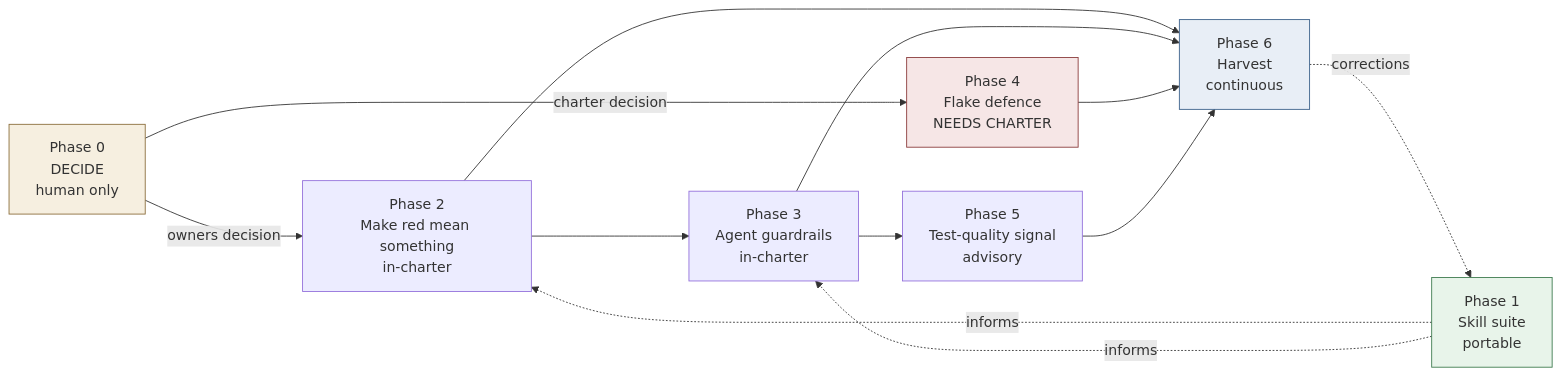
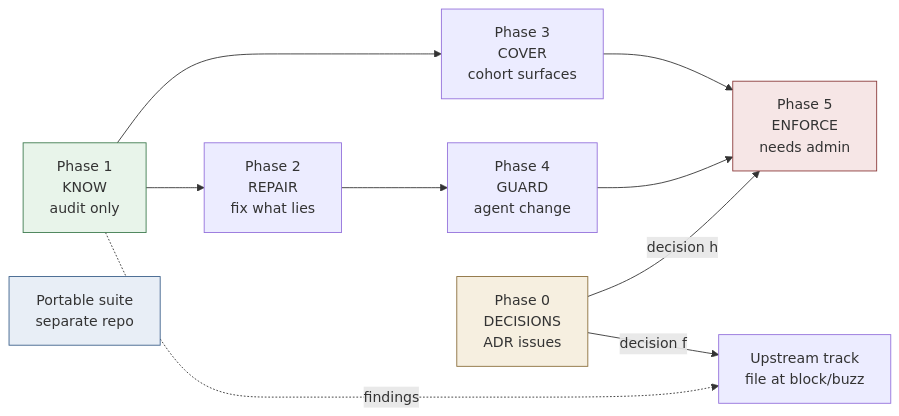
One commit to serina-mcfall/buzz-verification-lab changed the fifth of 5 diagrams in launchpad/plans/2026-09-03-verification-programme.md. Above: the diagram before and after it, drawn with Mermaid. The commit also changed other lines of this file and 1 other file, not shown here.

````diff
--- a/launchpad/plans/2026-09-03-verification-programme.md
+++ b/launchpad/plans/2026-09-03-verification-programme.md
@@ -280,27 +294,25 @@
 ```mermaid
 flowchart LR
-    P0["Phase 0<br/>DECIDE<br/>human only"]
-    P1["Phase 1<br/>Skill suite<br/>portable"]
-    P2["Phase 2<br/>Make red mean something<br/>in-charter"]
-    P3["Phase 3<br/>Agent guardrails<br/>in-charter"]
-    P4["Phase 4<br/>Flake defence<br/>NEEDS CHARTER"]
-    P5["Phase 5<br/>Test-quality signal<br/>advisory"]
-    P6["Phase 6<br/>Harvest<br/>continuous"]
+    P0["Phase 0<br/>DECISIONS<br/>ADR issues"]
+    P1["Phase 1<br/>KNOW<br/>audit only"]
+    P2["Phase 2<br/>REPAIR<br/>fix what lies"]
+    P3["Phase 3<br/>COVER<br/>cohort surfaces"]
+    P4["Phase 4<br/>GUARD<br/>agent change"]
+    P5["Phase 5<br/>ENFORCE<br/>needs admin"]
+    P6["Upstream track<br/>file at block/buzz"]
+    P7["Portable suite<br/>separate repo"]
 
-    P0 -->|"owners decision"| P2
-    P0 -->|"charter decision"| P4
-    P2 --> P3
+    P1 --> P2
+    P1 --> P3
+    P2 --> P4
     P3 --> P5
-    P1 -.->|"informs"| P2
-    P1 -.->|"informs"| P3
-    P2 --> P6
-    P3 --> P6
-    P4 --> P6
-    P5 --> P6
-    P6 -.->|"corrections"| P1
+    P4 --> P5
+    P0 -->|"decision h"| P5
+    P0 -->|"decision f"| P6
+    P1 -.->|"findings"| P6
 
     style P0 fill:#f6efe0,stroke:#8a6d3a
     style P1 fill:#e8f4ea,stroke:#3d7a4e
-    style P4 fill:#f6e6e6,stroke:#8a3a3a
-    style P6 fill:#e8eef6,stroke:#3a5f8a
+    style P5 fill:#f6e6e6,stroke:#8a3a3a
+    style P7 fill:#e8eef6,stroke:#3a5f8a
 ```
````
